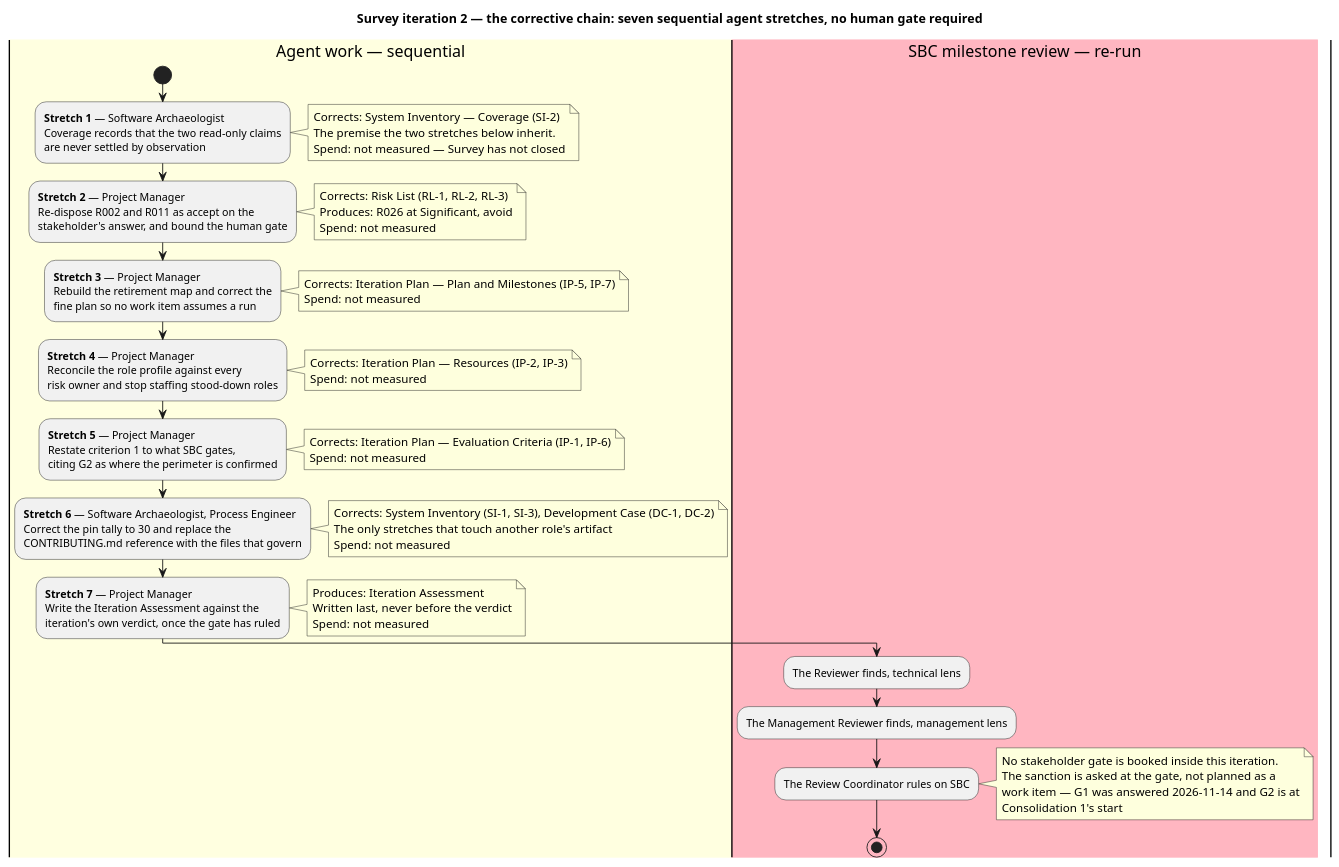
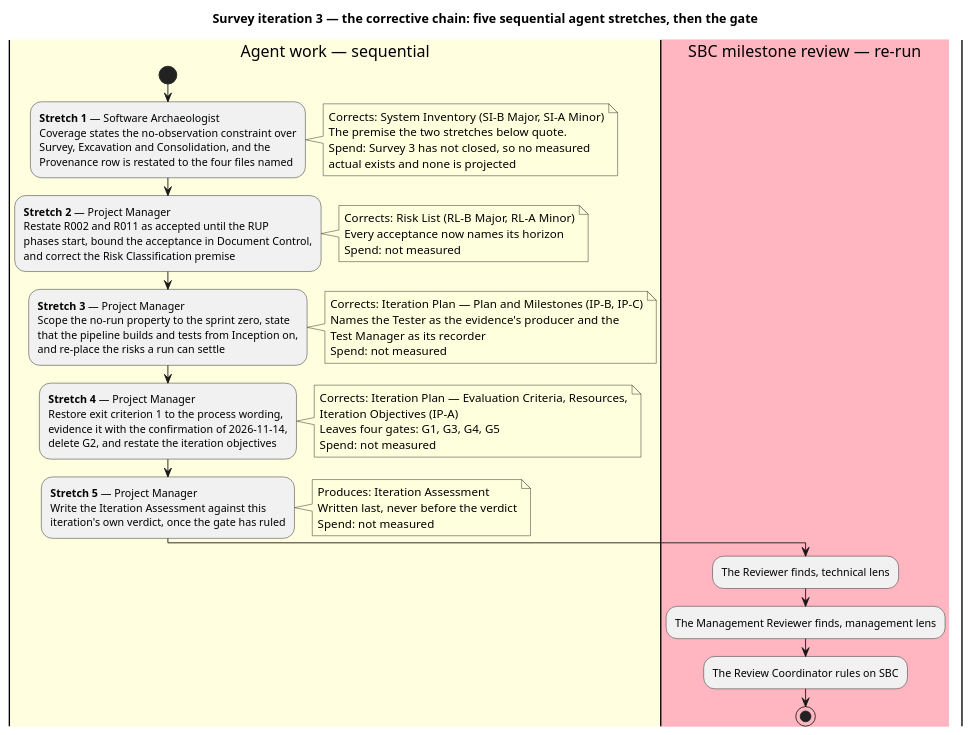
The first of 4 diagrams in docs/artifacts/project-management/iteration-plan.md (banense-test/TodoApp), drawn with PlantUML before and after one commit. The commit also changed other lines of this file, not shown here.

Commit message:
Project Manager [Survey3]: upsert Iteration Plan
[skip ci]

````diff
--- a/docs/artifacts/project-management/iteration-plan.md
+++ b/docs/artifacts/project-management/iteration-plan.md
@@ -16,81 +16,67 @@
 ```plantuml
 @startuml
-title Survey iteration 2 — the corrective chain: seven sequential agent stretches, no human gate required
-skinparam shadowing false
+title Survey iteration 3 — the corrective chain: five sequential agent stretches, then the gate
+skinparam swimshadowing false
 skinparam swimlaneWidth 200
 
 |#LightYellow|Agent work — sequential|
 start
 :<b>Stretch 1</b> — Software Archaeologist
-Coverage records that the two read-only claims
-are never settled by observation;
+Coverage states the no-observation constraint over
+Survey, Excavation and Consolidation, and the
+Provenance row is restated to the four files named;
 note right
-  Corrects: System Inventory — Coverage (SI-2)
-  The premise the two stretches below inherit.
-  Spend: not measured — Survey has not closed
+  Corrects: System Inventory (SI-B Major, SI-A Minor)
+  The premise the two stretches below quote.
+  Spend: Survey 3 has not closed, so no measured
+  actual exists and none is projected
 end note
 
 :<b>Stretch 2</b> — Project Manager
-Re-dispose R002 and R011 as accept on the
-stakeholder's answer, and bound the human gate;
+Restate R002 and R011 as accepted until the RUP
+phases start, bound the acceptance in Document Control,
+and correct the Risk Classification premise;
 note right
-  Corrects: Risk List (RL-1, RL-2, RL-3)
-  Produces: R026 at Significant, avoid
+  Corrects: Risk List (RL-B Major, RL-A Minor)
+  Every acceptance now names its horizon
   Spend: not measured
 end note
 
 :<b>Stretch 3</b> — Project Manager
-Rebuild the retirement map and correct the
-fine plan so no work item assumes a run;
+Scope the no-run property to the sprint zero, state
+that the pipeline builds and tests from Inception on,
+and re-place the risks a run can settle;
 note right
-  Corrects: Iteration Plan — Plan and Milestones (IP-5, IP-7)
+  Corrects: Iteration Plan — Plan and Milestones (IP-B, IP-C)
+  Names the Tester as the evidence's producer and the
+  Test Manager as its recorder
   Spend: not measured
 end note
 
 :<b>Stretch 4</b> — Project Manager
-Reconcile the role profile against every
-risk owner and stop staffing stood-down roles;
+Restore exit criterion 1 to the process wording,
+evidence it with the confirmation of 2026-11-14,
+delete G2, and restate the iteration objectives;
 note right
-  Corrects: Iteration Plan — Resources (IP-2, IP-3)
+  Corrects: Iteration Plan — Evaluation Criteria, Resources,
+  Iteration Objectives (IP-A)
+  Leaves four gates: G1, G3, G4, G5
   Spend: not measured
 end note
 
 :<b>Stretch 5</b> — Project Manager
-Restate criterion 1 to what SBC gates,
-citing G2 as where the perimeter is confirmed;
-note right
-  Corrects: Iteration Plan — Evaluation Criteria (IP-1, IP-6)
-  Spend: not measured
-end note
-
-:<b>Stretch 6</b> — Software Archaeologist, Process Engineer
-Correct the pin tally to 30 and replace the
-CONTRIBUTING.md reference with the files that govern;
-note right
-  Corrects: System Inventory (SI-1, SI-3), Development Case (DC-1, DC-2)
-  The only stretches that touch another role's artifact
-  Spend: not measured
-end note
-
-:<b>Stretch 7</b> — Project Manager
-Write the Iteration Assessment against the
+Write the Iteration Assessment against this
 iteration's own verdict, once the gate has ruled;
 note right
   Produces: Iteration Assessment
   Written last, never before the verdict
   Spend: not measured
 end note
 
 |#LightPink|SBC milestone review — re-run|
 :The Reviewer finds, technical lens;
 :The Management Reviewer finds, management lens;
 :The Review Coordinator rules on SBC;
-note right
-  No stakeholder gate is booked inside this iteration.
-  The sanction is asked at the gate, not planned as a
-  work item — G1 was answered 2026-11-14 and G2 is at
-  Consolidation 1's start
-end note
 stop
 @enduml
 ```
````
